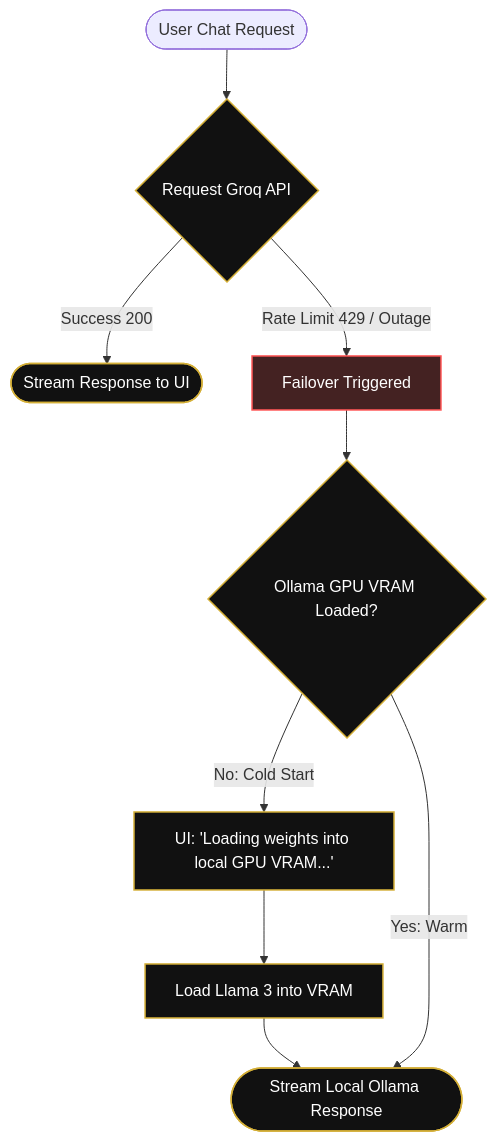
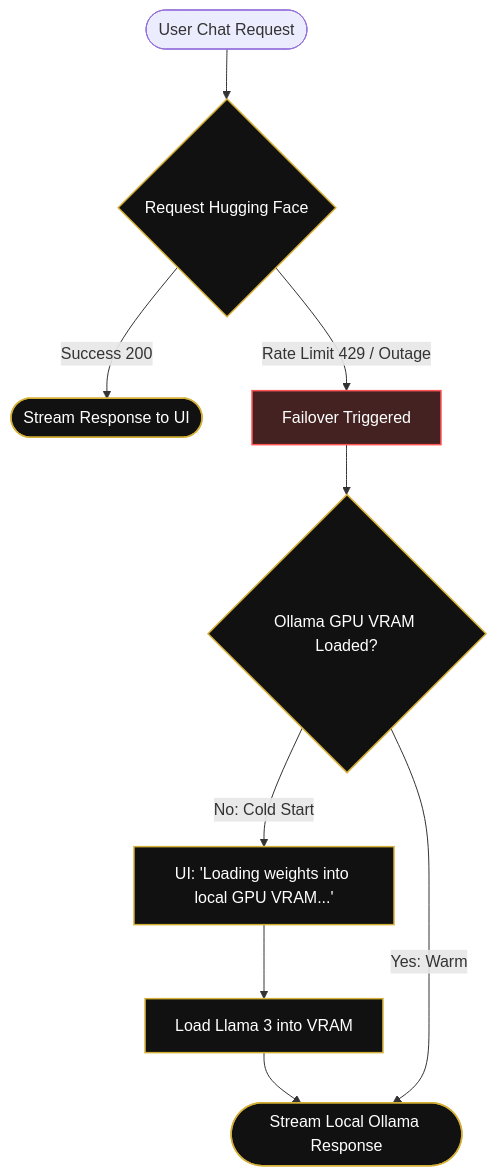
The first of 3 diagrams in LEXVED_REPORT.md (Arjun-333/LexVed), drawn with Mermaid before and after one commit. The commit also changed other lines of this file and 14 other files, not shown here.

Commit message:
Migrate backend, swarm, workflows, benchmarks, and docs from Groq to Hugging Face, and rename gpu benchmark to pinecone benchmark

````diff
--- a/LEXVED_REPORT.md
+++ b/LEXVED_REPORT.md
@@ -10,15 +10,15 @@
 ```mermaid
 graph TD
     classDef step fill:#111,stroke:#D4AF37,stroke-width:1.5px,color:#fff;
     classDef fallback fill:#422,stroke:#f55,stroke-width:1.5px,color:#fff;
     
-    Start([User Chat Request]) --> RouteGroq{Request Groq API}:::step
-    RouteGroq -->|Success 200| StreamOut([Stream Response to UI]):::step
-    RouteGroq -->|Rate Limit 429 / Outage| Fallback[Failover Triggered]:::fallback
+    Start([User Chat Request]) --> RouteHF{Request Hugging Face}:::step
+    RouteHF -->|Success 200| StreamOut([Stream Response to UI]):::step
+    RouteHF -->|Rate Limit 429 / Outage| Fallback[Failover Triggered]:::fallback
     
     Fallback --> CheckVRAM{Ollama GPU VRAM Loaded?}:::step
     CheckVRAM -->|No: Cold Start| LoadingState[UI: 'Loading weights into local GPU VRAM...']:::step
     LoadingState --> LoadModel[Load Llama 3 into VRAM]:::step
     LoadModel --> LocalStream([Stream Local Ollama Response]):::step
     CheckVRAM -->|Yes: Warm| LocalStream
 ```
````
